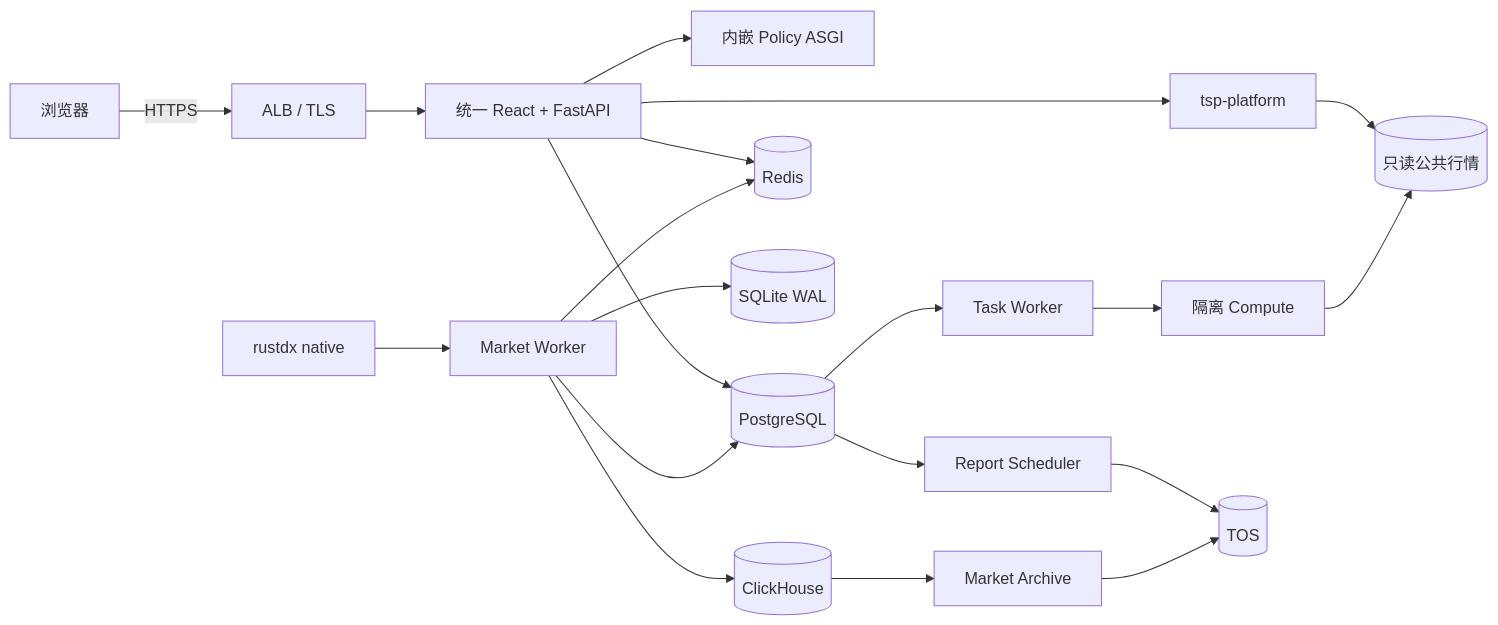
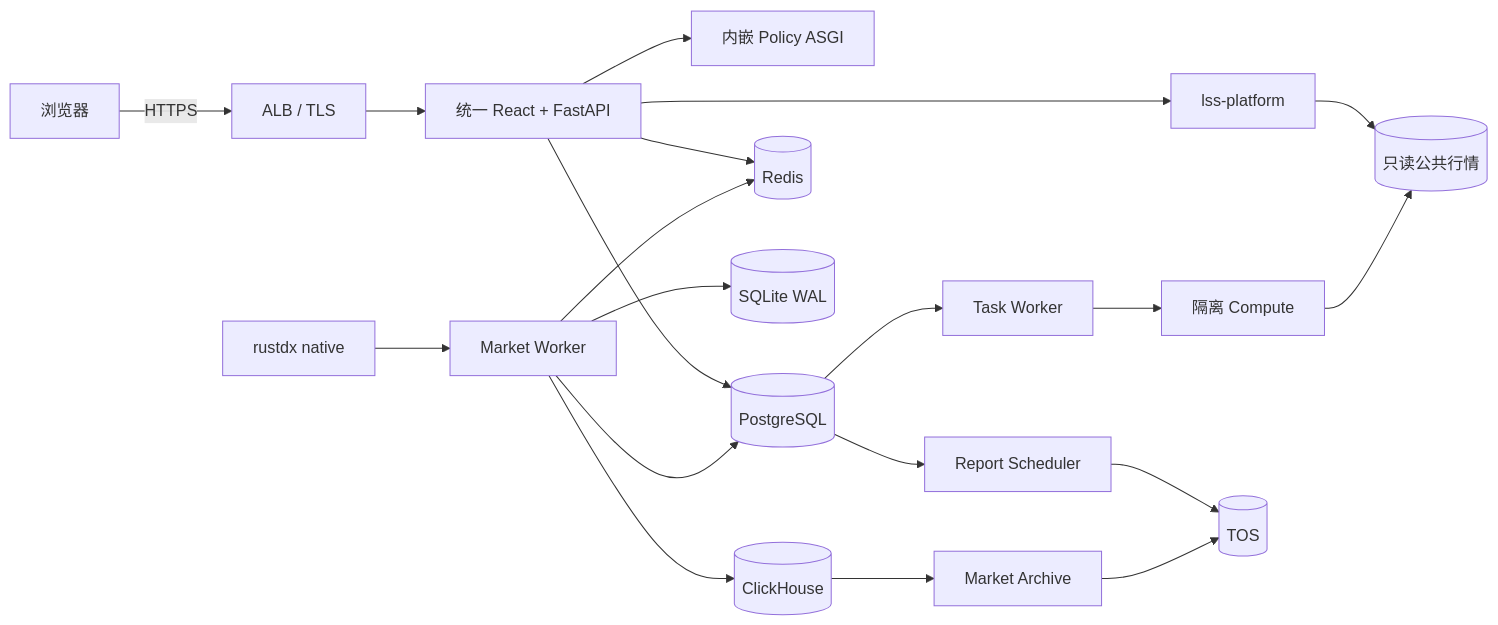
Before and after one commit to jelven007/LSS: the diagram in docs/02-architecture.md, drawn with Mermaid. The commit also changed other lines of this file and 190 other files, not shown here.

Commit message:
refactor: rename product platform to LSS

````diff
--- a/docs/02-architecture.md
+++ b/docs/02-architecture.md
@@ -19,25 +19,25 @@
 ```mermaid
 flowchart LR
     U[浏览器] -->|HTTPS| ALB[ALB / TLS]
     ALB --> APP[统一 React + FastAPI]
     APP --> POLICY[内嵌 Policy ASGI]
-    APP --> PLATFORM[tsp-platform]
+    APP --> PLATFORM[lss-platform]
     APP --> PG[(PostgreSQL)]
     APP --> RD[(Redis)]
 
     RDX[rustdx native] --> MW[Market Worker]
     MW --> WAL[(SQLite WAL)]
     MW --> CH[(ClickHouse)]
     MW --> PG
     MW --> RD
 
     PG --> TASK[Task Worker]
     TASK --> COMP[隔离 Compute]
     PLATFORM --> PUBLIC[(只读公共行情)]
     COMP --> PUBLIC
 
     PG --> REPORT[Report Scheduler]
     REPORT --> TOS[(TOS)]
     CH --> ARCHIVE[Market Archive]
     ARCHIVE --> TOS
 ```
````
